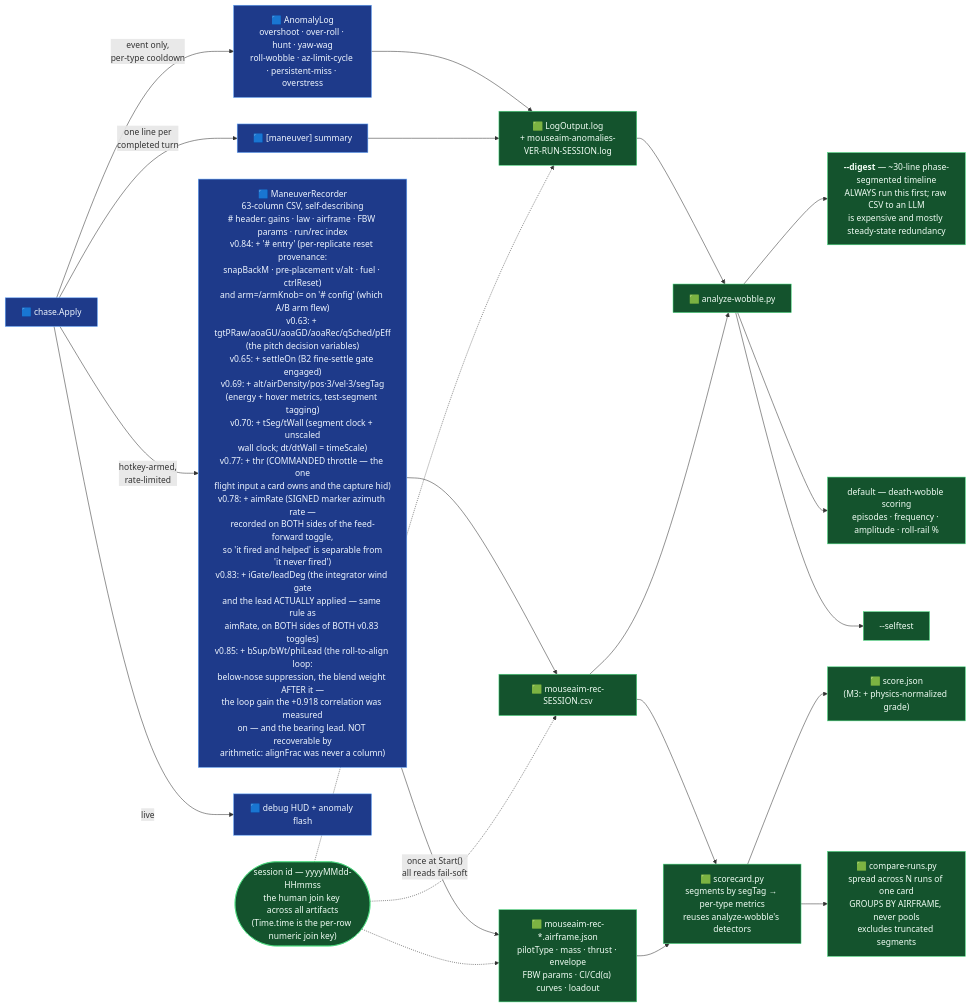
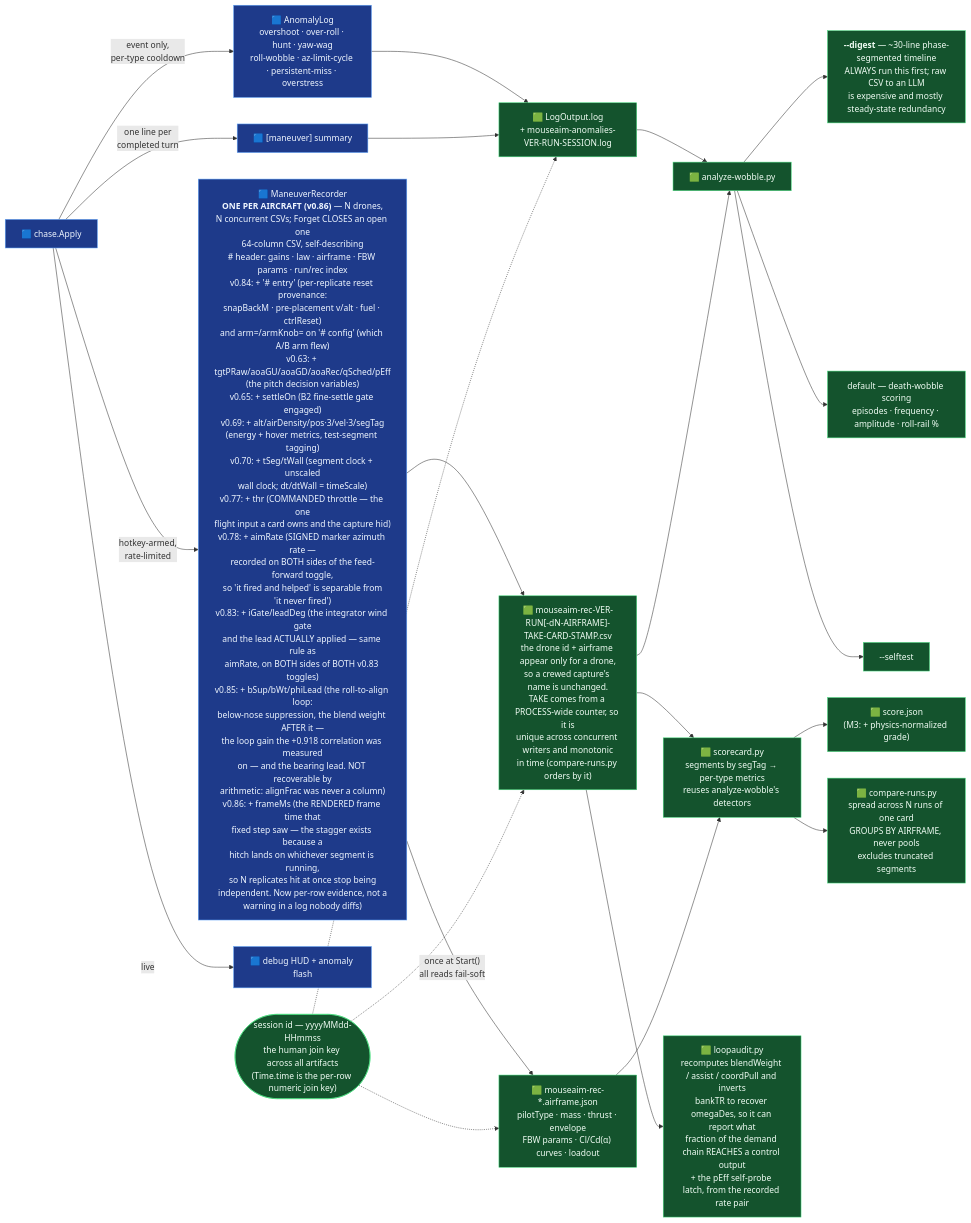
Before and after one commit to cosistra/wt-mouse-aim: the sixth of 8 diagrams in ARCHITECTURE.md, drawn with Mermaid. The commit also changed other lines of this file and 10 other files, not shown here.

````diff
--- a/ARCHITECTURE.md
+++ b/ARCHITECTURE.md
@@ -426,34 +426,35 @@
 ```mermaid
 flowchart LR
     chase["🟦 chase.Apply"]
 
     chase -->|"event only,<br/>per-type cooldown"| an["🟦 AnomalyLog<br/>overshoot · over-roll · hunt · yaw-wag<br/>roll-wobble · az-limit-cycle · persistent-miss · overstress"]
     chase -->|"one line per<br/>completed turn"| mv["🟦 [maneuver] summary"]
-    chase -->|"hotkey-armed,<br/>rate-limited"| rec["🟦 ManeuverRecorder<br/>63-column CSV, self-describing<br/># header: gains · law · airframe · FBW params · run/rec index<br/>v0.84: + '# entry' (per-replicate reset provenance:<br/>snapBackM · pre-placement v/alt · fuel · ctrlReset)<br/>and arm=/armKnob= on '# config' (which A/B arm flew)<br/>v0.63: + tgtPRaw/aoaGU/aoaGD/aoaRec/qSched/pEff<br/>(the pitch decision variables)<br/>v0.65: + settleOn (B2 fine-settle gate engaged)<br/>v0.69: + alt/airDensity/pos·3/vel·3/segTag<br/>(energy + hover metrics, test-segment tagging)<br/>v0.70: + tSeg/tWall (segment clock + unscaled<br/>wall clock; dt/dtWall = timeScale)<br/>v0.77: + thr (COMMANDED throttle — the one<br/>flight input a card owns and the capture hid)<br/>v0.78: + aimRate (SIGNED marker azimuth rate —<br/>recorded on BOTH sides of the feed-forward toggle,<br/>so 'it fired and helped' is separable from<br/>'it never fired')<br/>v0.83: + iGate/leadDeg (the integrator wind gate<br/>and the lead ACTUALLY applied — same rule as<br/>aimRate, on BOTH sides of BOTH v0.83 toggles)<br/>v0.85: + bSup/bWt/phiLead (the roll-to-align loop:<br/>below-nose suppression, the blend weight AFTER it —<br/>the loop gain the +0.918 correlation was measured<br/>on — and the bearing lead. NOT recoverable by<br/>arithmetic: alignFrac was never a column)"]
+    chase -->|"hotkey-armed,<br/>rate-limited"| rec["🟦 ManeuverRecorder<br/><b>ONE PER AIRCRAFT (v0.86)</b> — N drones,<br/>N concurrent CSVs; Forget CLOSES an open one<br/>64-column CSV, self-describing<br/># header: gains · law · airframe · FBW params · run/rec index<br/>v0.84: + '# entry' (per-replicate reset provenance:<br/>snapBackM · pre-placement v/alt · fuel · ctrlReset)<br/>and arm=/armKnob= on '# config' (which A/B arm flew)<br/>v0.63: + tgtPRaw/aoaGU/aoaGD/aoaRec/qSched/pEff<br/>(the pitch decision variables)<br/>v0.65: + settleOn (B2 fine-settle gate engaged)<br/>v0.69: + alt/airDensity/pos·3/vel·3/segTag<br/>(energy + hover metrics, test-segment tagging)<br/>v0.70: + tSeg/tWall (segment clock + unscaled<br/>wall clock; dt/dtWall = timeScale)<br/>v0.77: + thr (COMMANDED throttle — the one<br/>flight input a card owns and the capture hid)<br/>v0.78: + aimRate (SIGNED marker azimuth rate —<br/>recorded on BOTH sides of the feed-forward toggle,<br/>so 'it fired and helped' is separable from<br/>'it never fired')<br/>v0.83: + iGate/leadDeg (the integrator wind gate<br/>and the lead ACTUALLY applied — same rule as<br/>aimRate, on BOTH sides of BOTH v0.83 toggles)<br/>v0.85: + bSup/bWt/phiLead (the roll-to-align loop:<br/>below-nose suppression, the blend weight AFTER it —<br/>the loop gain the +0.918 correlation was measured<br/>on — and the bearing lead. NOT recoverable by<br/>arithmetic: alignFrac was never a column)<br/>v0.86: + frameMs (the RENDERED frame time that<br/>fixed step saw — the stagger exists because a<br/>hitch lands on whichever segment is running,<br/>so N replicates hit at once stop being<br/>independent. Now per-row evidence, not a<br/>warning in a log nobody diffs)"]
     chase -->|"live"| hud["🟦 debug HUD + anomaly flash"]
 
     an --> logf["🟩 LogOutput.log<br/>+ mouseaim-anomalies-VER-RUN-SESSION.log"]
     mv --> logf
-    rec --> csvf["🟩 mouseaim-rec-SESSION.csv"]
+    rec --> csvf["🟩 mouseaim-rec-VER-RUN[-dN-AIRFRAME]-TAKE-CARD-STAMP.csv<br/>the drone id + airframe appear only for a drone,<br/>so a crewed capture's name is unchanged.<br/>TAKE comes from a PROCESS-wide counter, so it is<br/>unique across concurrent writers and monotonic<br/>in time (compare-runs.py orders by it)"]
     rec -->|"once at Start()<br/>all reads fail-soft"| sidef["🟩 mouseaim-rec-*.airframe.json<br/>pilotType · mass · thrust · envelope<br/>FBW params · Cl/Cd(α) curves · loadout"]
 
     logf --> tool["🟩 analyze-wobble.py"]
     csvf --> tool
     csvf --> sc["🟩 scorecard.py<br/>segments by segTag → per-type metrics<br/>reuses analyze-wobble's detectors"]
     sidef --> sc
     sc --> scj["🟩 score.json<br/>(M3: + physics-normalized grade)"]
     sc --> cmp["🟩 compare-runs.py<br/>spread across N runs of one card<br/>GROUPS BY AIRFRAME, never pools<br/>excludes truncated segments"]
+    csvf --> la["🟩 loopaudit.py<br/>recomputes blendWeight / assist / coordPull and inverts<br/>bankTR to recover omegaDes, so it can report what<br/>fraction of the demand chain REACHES a control output<br/>+ the pEff self-probe latch, from the recorded rate pair"]
     tool --> d1["<b>--digest</b> — ~30-line phase-segmented timeline<br/>ALWAYS run this first; raw CSV to an LLM<br/>is expensive and mostly steady-state redundancy"]
     tool --> d2["default — death-wobble scoring<br/>episodes · frequency · amplitude · roll-rail %"]
     tool --> d3["--selftest"]
 
     sess(["session id — yyyyMMdd-HHmmss<br/>the human join key across all artifacts<br/>(Time.time is the per-row numeric join key)"])
     sess -.-> logf
     sess -.-> csvf
     sess -.-> sidef
 
     classDef mod fill:#1e3a8a,stroke:#60a5fa,color:#eff6ff
     classDef art fill:#14532d,stroke:#4ade80,color:#f0fdf4
     class chase,an,mv,rec,hud mod
-    class logf,csvf,sidef,tool,sc,scj,cmp,d1,d2,d3,sess art
+    class logf,csvf,sidef,tool,sc,scj,cmp,la,d1,d2,d3,sess art
 ```
````
